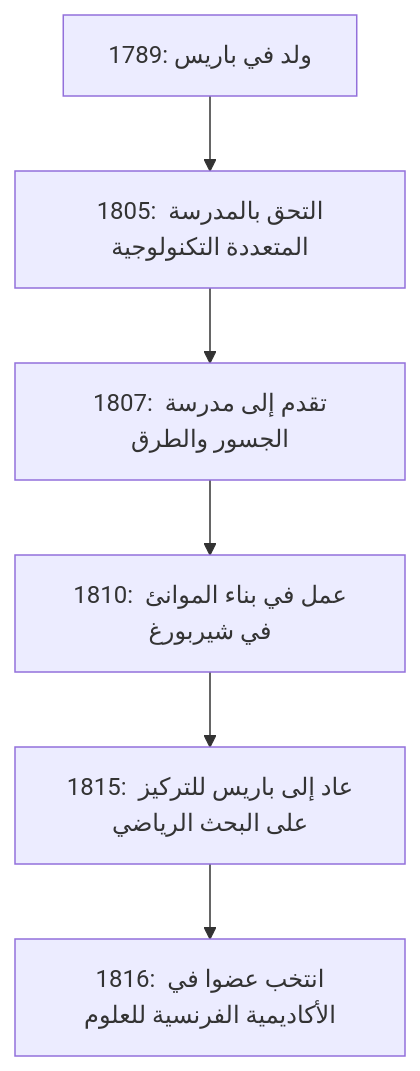
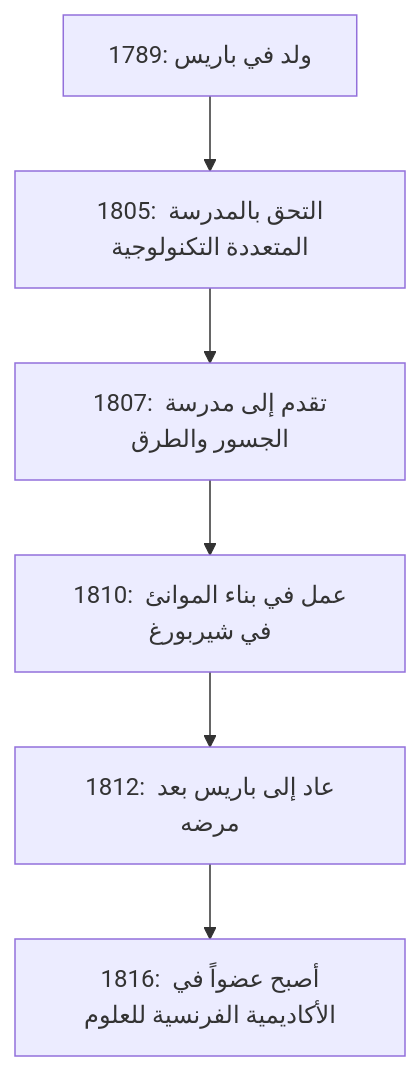
Before and after one commit to kenjinote/blog: the diagram in content/post/cauchy/index.ar.md, drawn with Mermaid. The commit also changed other lines of this file and 14 other files, not shown here.

````diff
--- a/content/post/cauchy/index.ar.md
+++ b/content/post/cauchy/index.ar.md
@@ -30,8 +30,8 @@
 ```mermaid
 flowchart TD
     A["1789: ولد في باريس"] --> B["1805: التحق بالمدرسة المتعددة التكنولوجية"]
     B --> C["1807: تقدم إلى مدرسة الجسور والطرق"]
     C --> D["1810: عمل في بناء الموانئ في شيربورغ"]
-    D --> E["1815: عاد إلى باريس للتركيز على البحث الرياضي"]
-    E --> F["1816: انتخب عضوا في الأكاديمية الفرنسية للعلوم"]
+    D --> E["1812: عاد إلى باريس بعد مرضه"]
+    E --> F["1816: أصبح عضواً في الأكاديمية الفرنسية للعلوم"]
 ```
````
